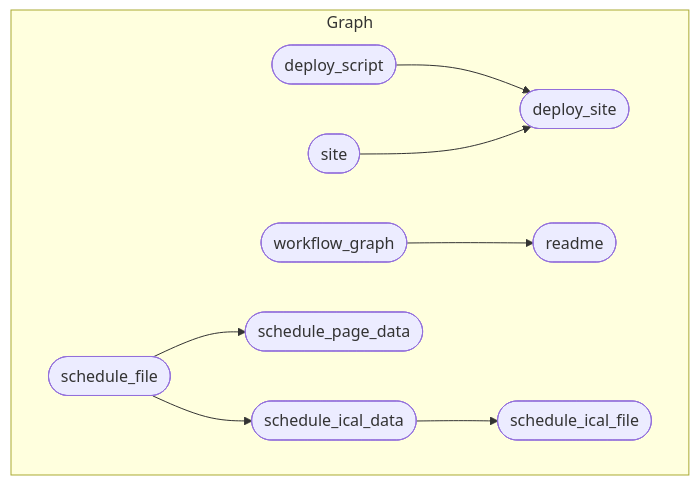
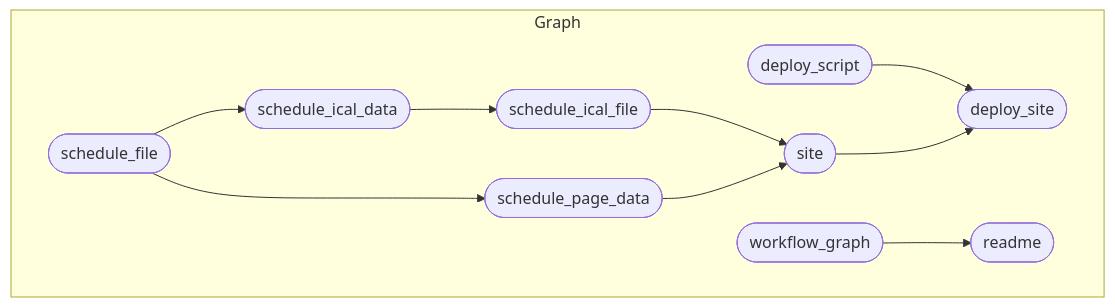
One commit to kjhealy/mptc changed the diagram in README.md. Above: the diagram before and after it, drawn with Mermaid. The commit also changed 7 other files, not shown here.

````diff
--- a/README.md
+++ b/README.md
@@ -32,12 +32,14 @@
 ``` mermaid
 graph LR
   subgraph Graph
     direction LR
     x9c20b8c56debbe9a(["deploy_script"]):::built --> x78f3e0b711425f1c(["deploy_site"]):::queued
-    x7aa56383a054e8ba(["site"]):::built --> x78f3e0b711425f1c(["deploy_site"]):::queued
+    x7aa56383a054e8ba(["site"]):::queued --> x78f3e0b711425f1c(["deploy_site"]):::queued
+    x4d31f5a49d5ae49f(["schedule_ical_file"]):::queued --> x7aa56383a054e8ba(["site"]):::queued
+    x063edd335cc1b36f(["schedule_page_data"]):::queued --> x7aa56383a054e8ba(["site"]):::queued
     xf38d3f5e6365ad72(["workflow_graph"]):::started --> x6e52cb0f1668cc22(["readme"]):::queued
     xdf832f8e1f99baf2(["schedule_file"]):::queued --> x063edd335cc1b36f(["schedule_page_data"]):::queued
     xdf832f8e1f99baf2(["schedule_file"]):::queued --> x35552a73efe9c59f(["schedule_ical_data"]):::queued
     x35552a73efe9c59f(["schedule_ical_data"]):::queued --> x4d31f5a49d5ae49f(["schedule_ical_file"]):::queued
   end
 ```
````
